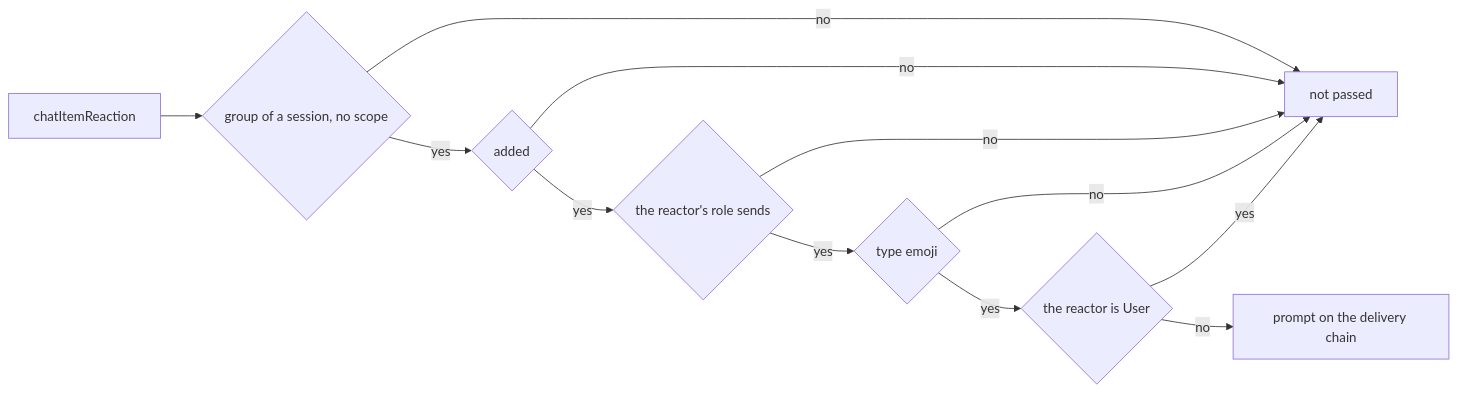
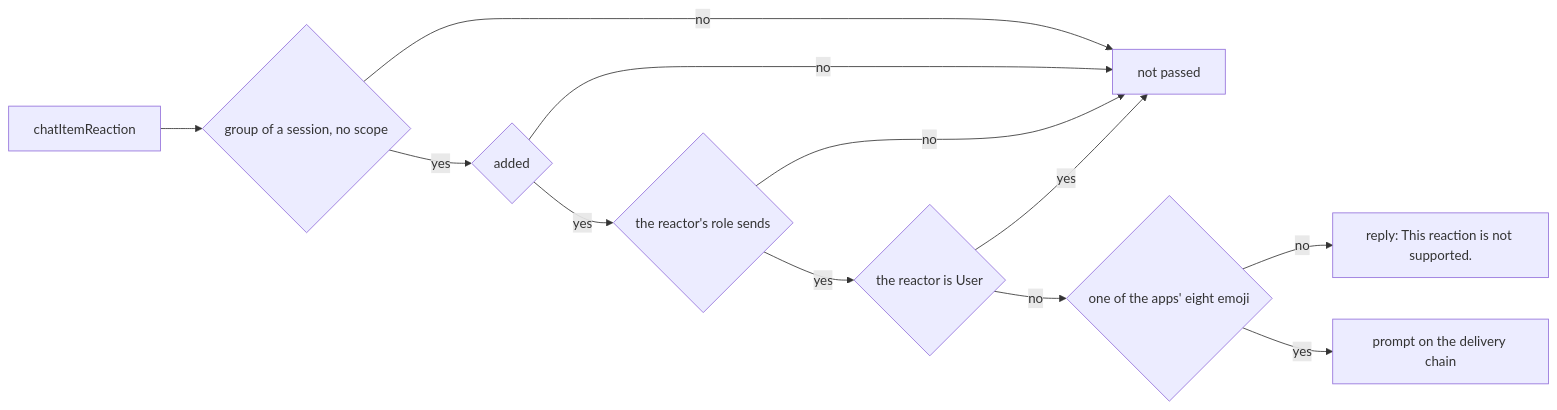
Before and after one commit to simplex-chat/simplex-chat: the third of 4 diagrams in plans/2026-11-12-mcp-reactions.md, drawn with Mermaid. The commit also changed other lines of this file and 10 other files, not shown here.

````diff
--- a/plans/2026-11-12-mcp-reactions.md
+++ b/plans/2026-11-12-mcp-reactions.md
@@ -280,14 +283,14 @@
 ```mermaid
 flowchart LR
   E[chatItemReaction] --> G{group of a session, no scope}
   G -- no --> X[not passed]
   G -- yes --> A{added}
   A -- no --> X
   A -- yes --> R{the reactor's role sends}
   R -- no --> X
-  R -- yes --> M{type emoji}
-  M -- no --> X
-  M -- yes --> U{the reactor is User}
+  R -- yes --> U{the reactor is User}
   U -- yes --> X
-  U -- no --> P[prompt on the delivery chain]
+  U -- no --> M{one of the apps' eight emoji}
+  M -- no --> N[reply: This reaction is not supported.]
+  M -- yes --> P[prompt on the delivery chain]
 ```
````
